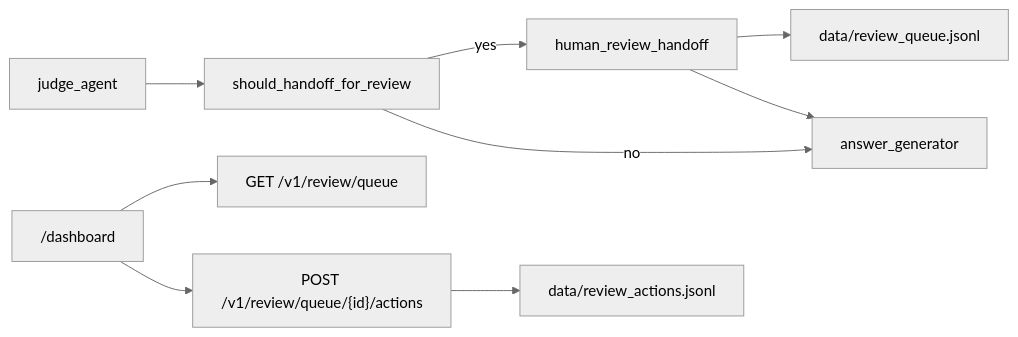
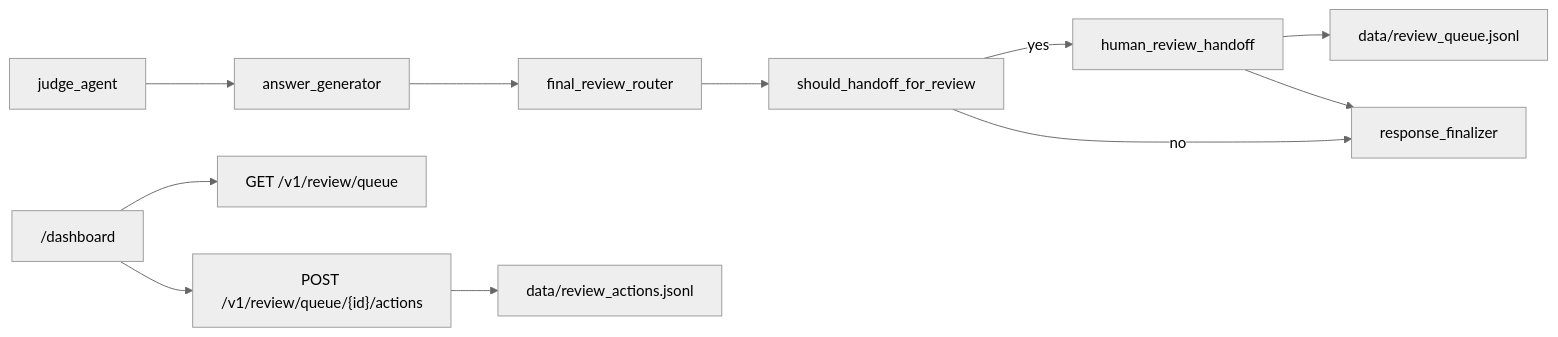
The fourth of 6 diagrams in docs/architecture.md (JassonG-xt/Trust-RAG-Accounting), drawn with Mermaid (neutral theme) before and after one commit. The commit also changed other lines of this file and 21 other files, not shown here.

Commit message:
fix(graph): route post-generation abstentions through review (#28)

````diff
--- a/docs/architecture.md
+++ b/docs/architecture.md
@@ -116,11 +121,13 @@
 ```mermaid
 flowchart LR
-    JA[judge_agent] --> POLICY["should_handoff_for_review"]
+    JA[judge_agent] --> AG[answer_generator]
+    AG --> FR["final_review_router"]
+    FR --> POLICY["should_handoff_for_review"]
     POLICY -->|yes| HR[human_review_handoff]
-    POLICY -->|no| AG[answer_generator]
+    POLICY -->|no| RF[response_finalizer]
     HR --> STORE["data/review_queue.jsonl"]
-    HR --> AG
+    HR --> RF
     DASH["/dashboard"] --> QUEUE["GET /v1/review/queue"]
     DASH --> ACTIONS["POST /v1/review/queue/{id}/actions"]
     ACTIONS --> LOG["data/review_actions.jsonl"]
 ```
````
